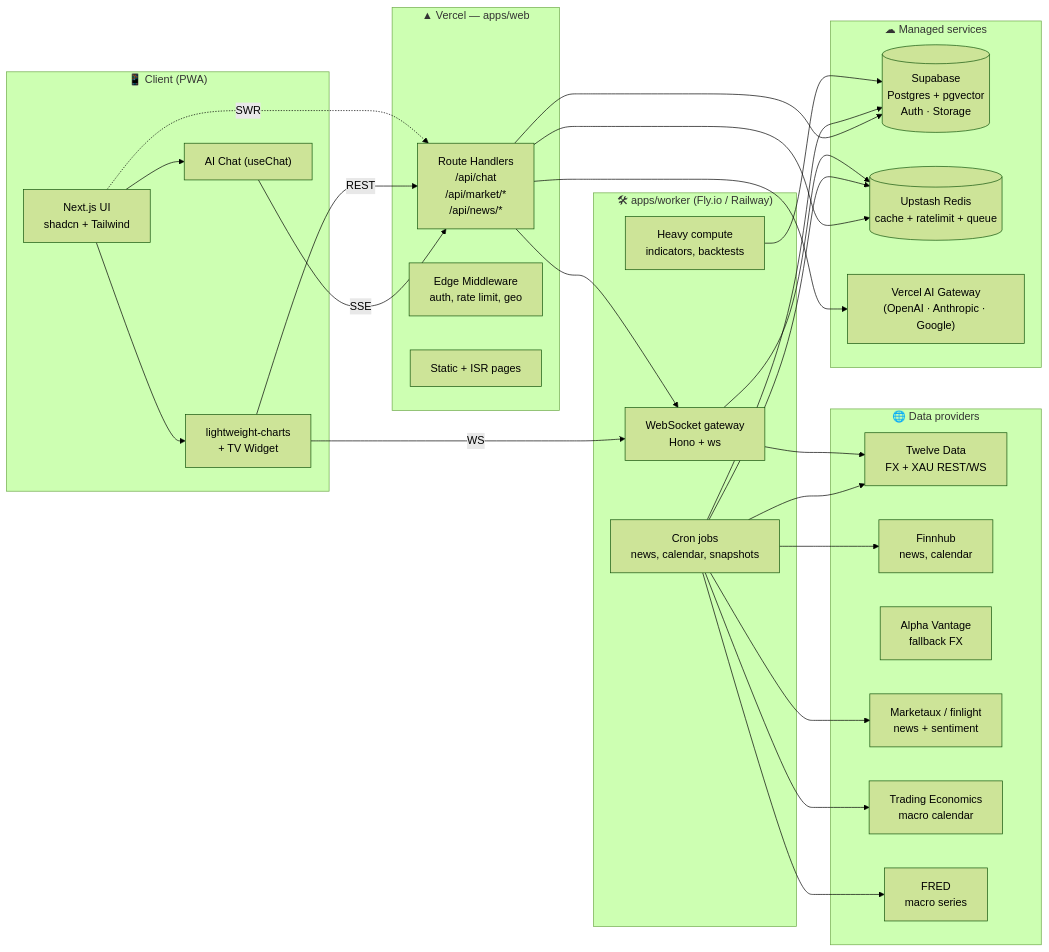
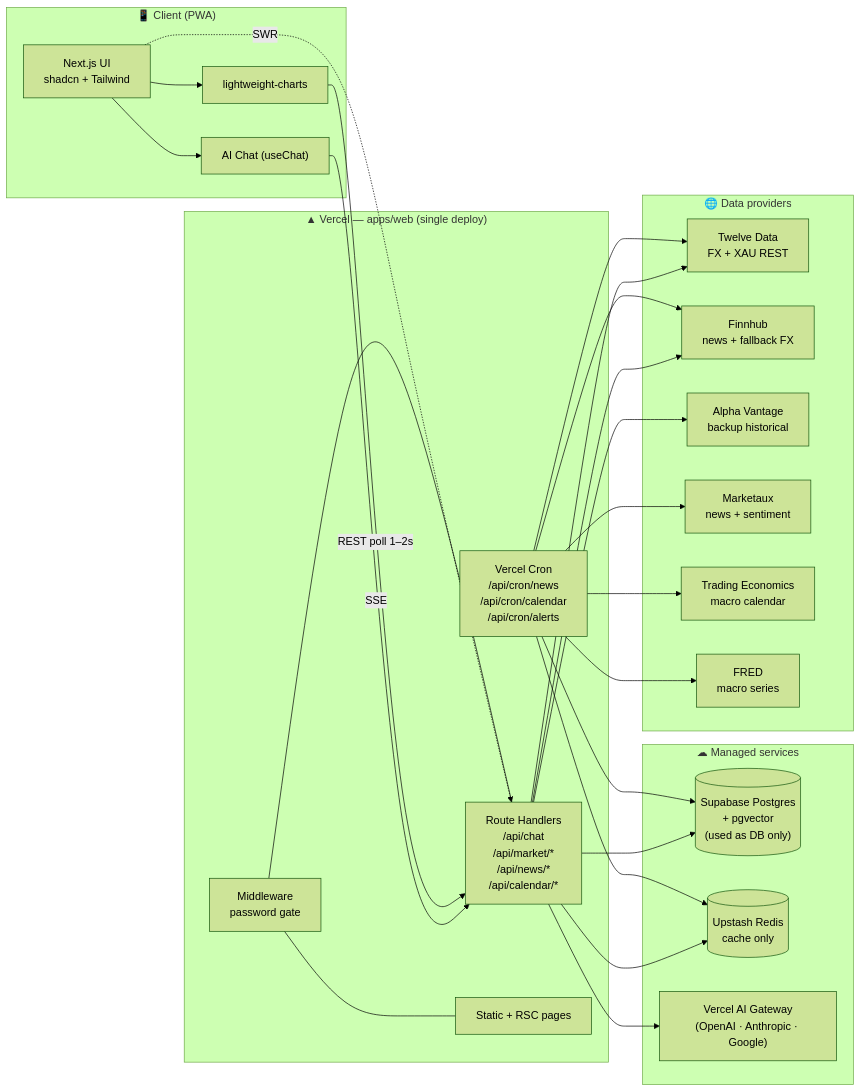
Before and after one commit to HamaFx/HamaFX-Ai: the first of 5 diagrams in docs/01-architecture.md, drawn with Mermaid (forest theme). The commit also changed other lines of this file and 17 other files, not shown here.

First line of the commit message:
docs: simplify plan for personal-mode (single user, single Vercel deploy)

````diff
--- a/docs/01-architecture.md
+++ b/docs/01-architecture.md
@@ -11,60 +7,54 @@
 ```mermaid
 flowchart LR
     subgraph Client["📱 Client (PWA)"]
         UI["Next.js UI<br/>shadcn + Tailwind"]
-        Chart["lightweight-charts<br/>+ TV Widget"]
+        Chart["lightweight-charts"]
         Chat["AI Chat (useChat)"]
     end
 
-    subgraph Vercel["▲ Vercel — apps/web"]
-        RH["Route Handlers<br/>/api/chat<br/>/api/market/*<br/>/api/news/*"]
-        Edge["Edge Middleware<br/>auth, rate limit, geo"]
-        ISR["Static + ISR pages"]
-    end
-
-    subgraph Worker["🛠 apps/worker (Fly.io / Railway)"]
-        WS["WebSocket gateway<br/>Hono + ws"]
-        Cron["Cron jobs<br/>news, calendar, snapshots"]
-        Compute["Heavy compute<br/>indicators, backtests"]
+    subgraph Vercel["▲ Vercel — apps/web (single deploy)"]
+        RH["Route Handlers<br/>/api/chat<br/>/api/market/*<br/>/api/news/*<br/>/api/calendar/*"]
+        MW["Middleware<br/>password gate"]
+        Cron["Vercel Cron<br/>/api/cron/news<br/>/api/cron/calendar<br/>/api/cron/alerts"]
+        ISR["Static + RSC pages"]
     end
 
     subgraph Managed["☁ Managed services"]
-        SB[("Supabase<br/>Postgres + pgvector<br/>Auth · Storage")]
-        UP[("Upstash Redis<br/>cache + ratelimit + queue")]
+        SB[("Supabase Postgres<br/>+ pgvector<br/>(used as DB only)")]
+        UP[("Upstash Redis<br/>cache only")]
         GW["Vercel AI Gateway<br/>(OpenAI · Anthropic · Google)"]
     end
 
     subgraph Providers["🌐 Data providers"]
-        TD["Twelve Data<br/>FX + XAU REST/WS"]
-        FH["Finnhub<br/>news, calendar"]
-        AV["Alpha Vantage<br/>fallback FX"]
-        MX["Marketaux / finlight<br/>news + sentiment"]
+        TD["Twelve Data<br/>FX + XAU REST"]
+        FH["Finnhub<br/>news + fallback FX"]
+        AV["Alpha Vantage<br/>backup historical"]
+        MX["Marketaux<br/>news + sentiment"]
         TE["Trading Economics<br/>macro calendar"]
         FRED["FRED<br/>macro series"]
     end
 
     UI --> Chat
     UI --> Chart
     Chat -->|SSE| RH
-    Chart -->|REST| RH
-    Chart -->|WS| WS
+    Chart -->|REST poll 1–2s| RH
     UI -.SWR.-> RH
+
+    MW --- RH
+    MW --- ISR
 
     RH --> GW
     RH --> SB
     RH --> UP
-    RH --> WS
+    RH --> TD
+    RH --> FH
+    RH --> AV
 
     Cron --> TD
+    Cron --> MX
     Cron --> FH
-    Cron --> MX
     Cron --> TE
     Cron --> FRED
     Cron --> SB
     Cron --> UP
-
-    WS --> TD
-    WS --> UP
-
-    Compute --> SB
 ```
````
